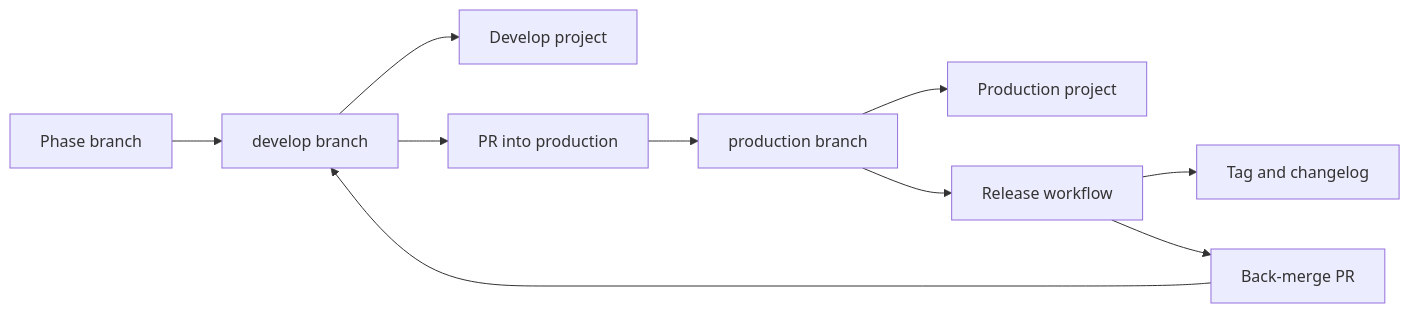
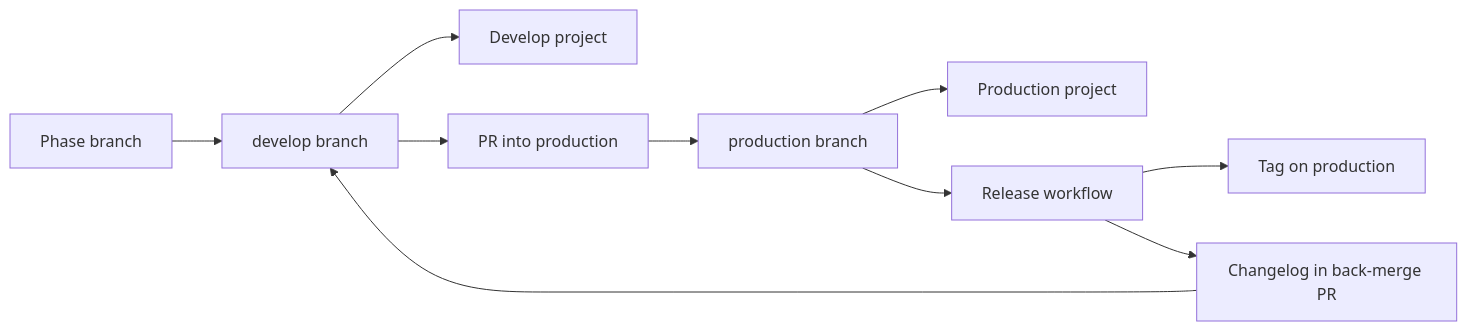
Before and after one commit to monideep2255/agentic-search-ui: the diagram in docs/build/Release_flow.md, drawn with Mermaid. The commit also changed other lines of this file, not shown here.

First line of the commit message:
docs: the release flow carries the changelog through develop

````diff
--- a/docs/build/Release_flow.md
+++ b/docs/build/Release_flow.md
@@ -89,12 +95,12 @@
 ```mermaid
 flowchart LR
   pb[Phase branch] --> dev[develop branch]
   dev --> devproj[Develop project]
   dev --> pr[PR into production]
   pr --> prod[production branch]
   prod --> prodproj[Production project]
   prod --> rel[Release workflow]
-  rel --> tag[Tag and changelog]
-  rel --> bm[Back-merge PR]
+  rel --> tag[Tag on production]
+  rel --> bm[Changelog in back-merge PR]
   bm --> dev
 ```
````
